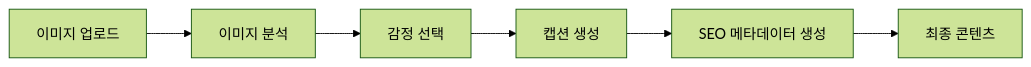
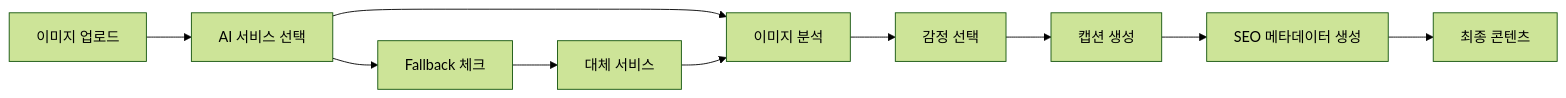
The diagram in docs/AI_INTEGRATION.md (psb1792/StayPost), drawn with Mermaid (forest theme) before and after one commit. The commit also changed other lines of this file and 10 other files, not shown here.

````diff
--- a/docs/AI_INTEGRATION.md
+++ b/docs/AI_INTEGRATION.md
@@ -57,8 +44,13 @@
 ```mermaid
 flowchart LR
-  A[이미지 업로드] --> B[이미지 분석]
-  B --> C[감정 선택]
-  C --> D[캡션 생성]
-  D --> E[SEO 메타데이터 생성]
-  E --> F[최종 콘텐츠]
+  A[이미지 업로드] --> B[AI 서비스 선택]
+  B --> C[이미지 분석]
+  C --> D[감정 선택]
+  D --> E[캡션 생성]
+  E --> F[SEO 메타데이터 생성]
+  F --> G[최종 콘텐츠]
+  
+  B --> H[Fallback 체크]
+  H --> I[대체 서비스]
+  I --> C
 ```
````
